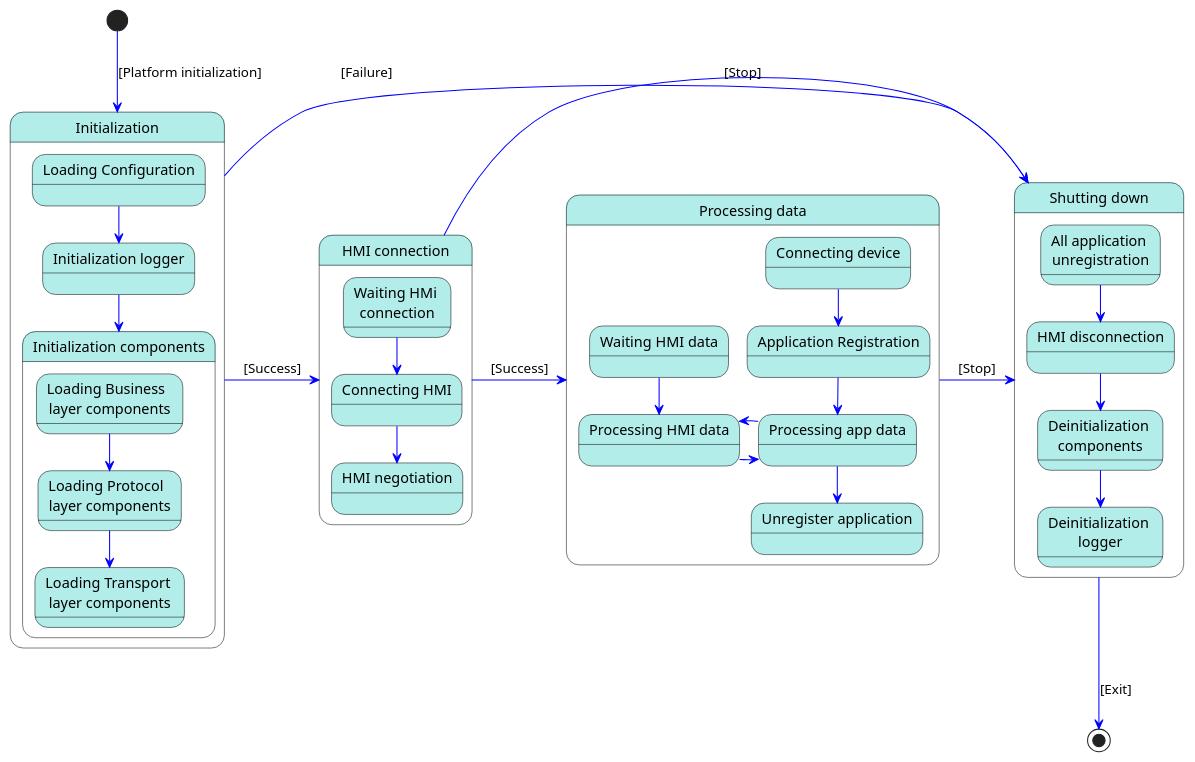
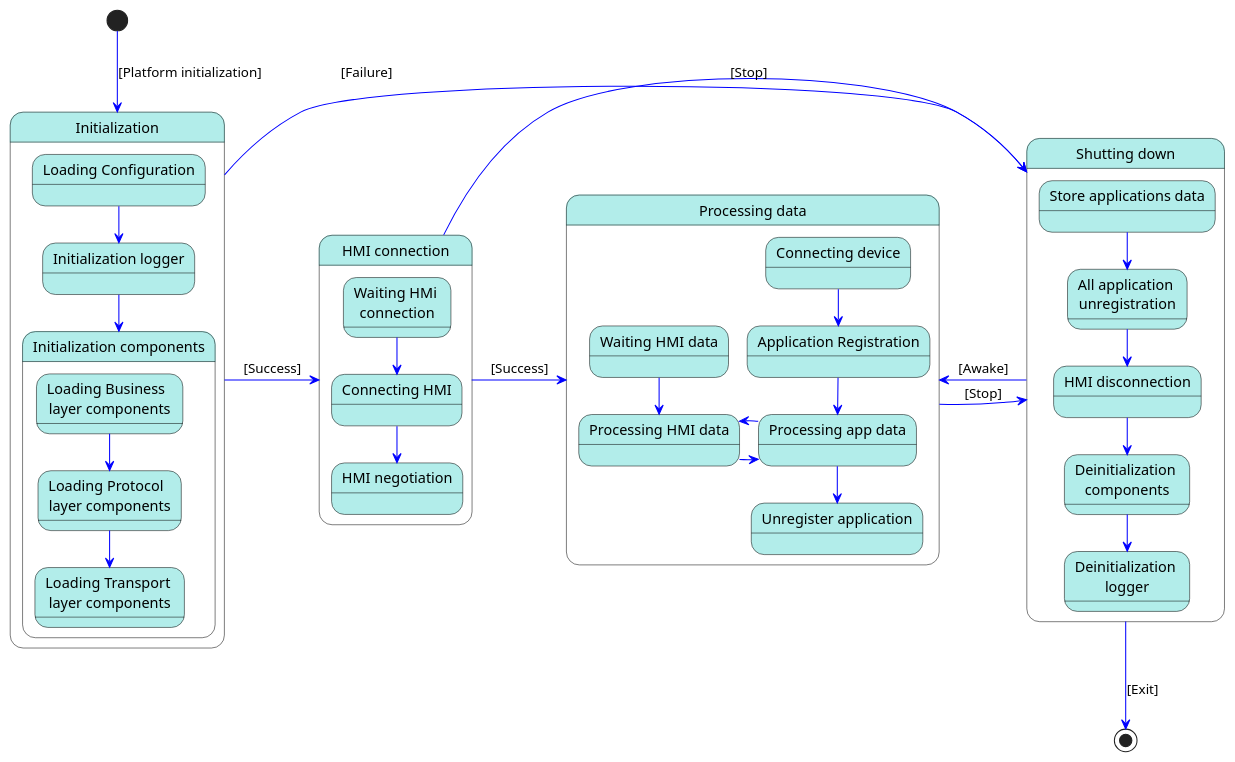
Before and after one commit to smartdevicelink/sdl_core_guides: the diagram in docs/Software Architecture Document/Process State View/assets/process_state.plantuml, drawn with PlantUML. The commit also changed 2 other files, not shown here.

Commit message:
Add applications data storing in Process State View Updated diagram source and image Shutting down State beatifying Updated Process State view description Related issues: APPLINK-26662, APPLINK-26096

```diff
--- a/docs/Software Architecture Document/Process State View/assets/process_state.plantuml
+++ b/docs/Software Architecture Document/Process State View/assets/process_state.plantuml
@@ -1,71 +1,74 @@
 @startuml
 /'
 It is a source file for SDL SAD process state diagram.
 For further information, please, follow http://plantuml.com/ 
 '/
 
 skinparam state {
   BackgroundColor #B2EDEA
   BorderColor black
   ArrowColor blue
 }
 ' Happy path
 [*] --> init : [Platform initialization]
 init -right-> waiting_hmi     : [Success]
 waiting_hmi -right-> working  : [Success]
 working     -right-> stopping : [Stop]
 stopping     -->     [*]      : [Exit]
 
 ' Additional paths
 waiting_hmi -right-> stopping : [Stop]
 init        -right-> stopping : [Failure]
+stopping    -left->  working  : [Awake]
 
 State "Initialization" as init {
     config --> logger
     logger --> start_components
      
     State "Loading Configuration" as config
     State "Initialization logger" as logger
     State "Initialization components" as start_components {
         business --> protocol
         protocol  --> transport
          
         State "Loading Transport \nlayer components" as transport
         State "Loading Protocol  \nlayer components" as protocol
         State "Loading Business  \nlayer components" as business
     }
 }
 State "HMI connection" as waiting_hmi {
     wait_hmi--> connect_hmi
     connect_hmi --> hmi_handshake
 
     State "Waiting HMi \nconnection" as wait_hmi
     State "Connecting HMI" as connect_hmi
     State "HMI negotiation" as hmi_handshake
 }
 State "Processing data" as working  {
     waiting_hmi_data --> process_hmi_data
     connect_device --> app_reg
     app_reg --> process_app_data
     process_app_data --> app_unreg
     process_hmi_data -right-> process_app_data
     process_app_data -right-> process_hmi_data
 
     State "Waiting HMI data" as waiting_hmi_data
     State "Processing HMI data" as process_hmi_data
     State "Connecting device" as connect_device
     State "Application Registration" as app_reg
     State "Processing app data" as process_app_data
     State "Unregister application" as app_unreg
 }
 State "Shutting down" as stopping {
+    data_store    --> all_app_unreg
     all_app_unreg --> hmi_disconnect
     hmi_disconnect  --> stop_components
     stop_components --> de_logger
 
+    State "Store applications data" as data_store
     State "All application \nunregistration" as all_app_unreg
     State "HMI disconnection" as hmi_disconnect
     State "Deinitialization \ncomponents" as stop_components
     State "Deinitialization \nlogger" as de_logger
 }
 @enduml
```
